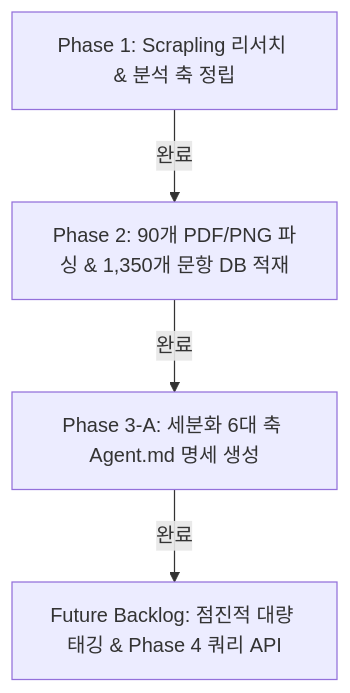
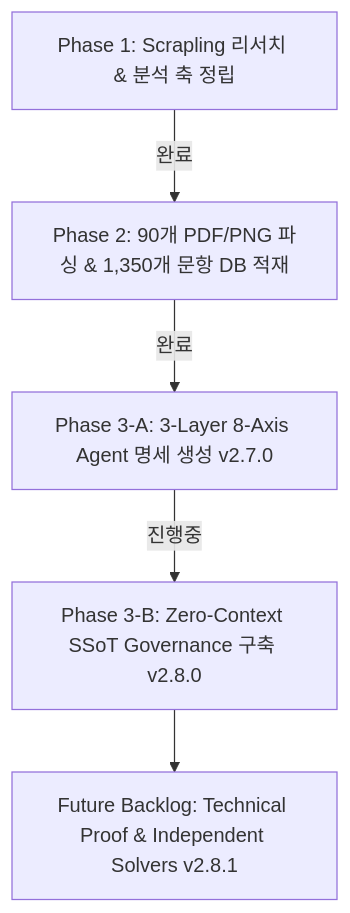
The diagram in docs/Master_Blueprint.md (park-kyungchan/kice-math-agent-infra), drawn with Mermaid before and after one commit. The commit also changed other lines of this file and 14 other files, not shown here.

Commit message:
feat(governance): implement v2.8.0 SSoT docs, teacher review queue, DDL migration & claim provenance

````diff
--- a/docs/Master_Blueprint.md
+++ b/docs/Master_Blueprint.md
@@ -9,6 +9,7 @@
 ```mermaid
 graph TD
     P1[Phase 1: Scrapling 리서치 & 분석 축 정립] -->|완료| P2[Phase 2: 90개 PDF/PNG 파싱 & 1,350개 문항 DB 적재]
-    P2 -->|완료| P3A[Phase 3-A: 세분화 6대 축 Agent.md 명세 생성]
-    P3A -->|완료| BKLG[Future Backlog: 점진적 대량 태깅 & Phase 4 쿼리 API]
+    P2 -->|완료| P3A[Phase 3-A: 3-Layer 8-Axis Agent 명세 생성 v2.7.0]
+    P3A -->|진행중| SSoT[Phase 3-B: Zero-Context SSoT Governance 구축 v2.8.0]
+    SSoT --> BKLG[Future Backlog: Technical Proof & Independent Solvers v2.8.1]
 ```
````
